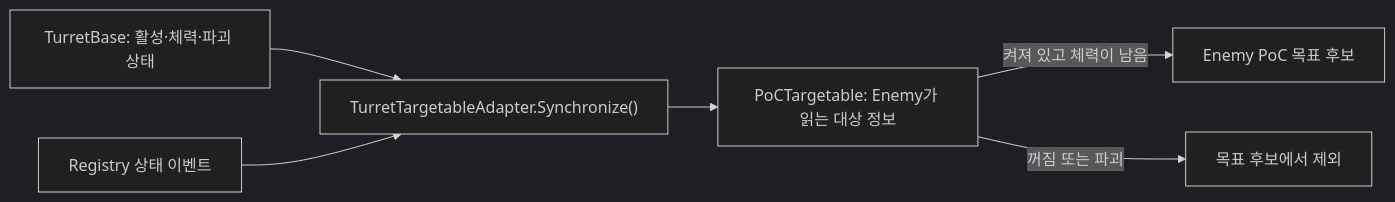
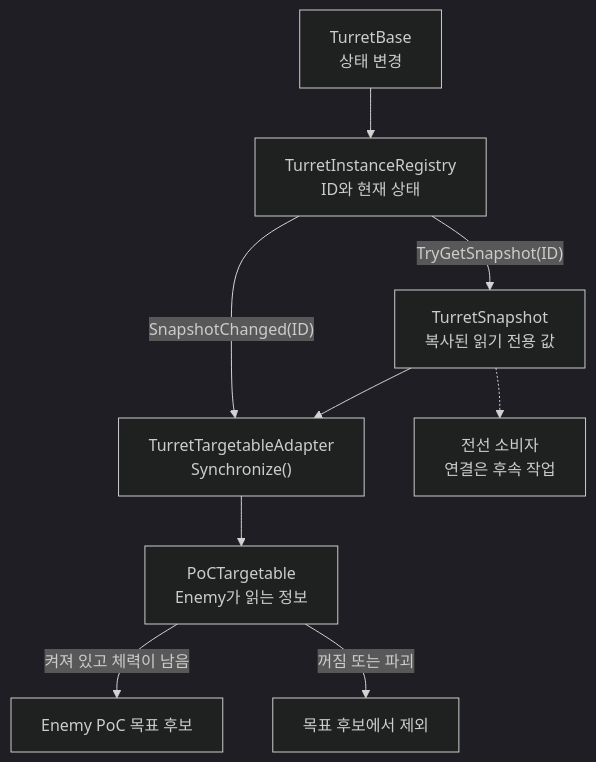
Before and after one commit to Team-HJD-21/unity-6-the-developer: diagram 12 of 13 in Docs/architecture/turret-system-guide.md, drawn with Mermaid (dark theme). The commit also changed other lines of this file and 74 other files, not shown here.

````diff
--- a/Docs/architecture/turret-system-guide.md
+++ b/Docs/architecture/turret-system-guide.md
@@ -426,8 +481,11 @@
 ```mermaid
-flowchart LR
-    Base["TurretBase: 활성·체력·파괴 상태"] --> Adapter["TurretTargetableAdapter.Synchronize()"]
-    Registry["Registry 상태 이벤트"] --> Adapter
-    Adapter --> Targetable["PoCTargetable: Enemy가 읽는 대상 정보"]
+flowchart TD
+    Base["TurretBase<br>상태 변경"] --> Registry["TurretInstanceRegistry<br>ID와 현재 상태"]
+    Registry -->|"TryGetSnapshot(ID)"| Snapshot["TurretSnapshot<br>복사된 읽기 전용 값"]
+    Registry -->|"SnapshotChanged(ID)"| Adapter["TurretTargetableAdapter<br>Synchronize()"]
+    Snapshot --> Adapter
+    Adapter --> Targetable["PoCTargetable<br>Enemy가 읽는 정보"]
+    Snapshot -.-> Frontline["전선 소비자<br>연결은 후속 작업"]
     Targetable -->|켜져 있고 체력이 남음| Enemy["Enemy PoC 목표 후보"]
     Targetable -->|꺼짐 또는 파괴| Excluded["목표 후보에서 제외"]
 ```
````
